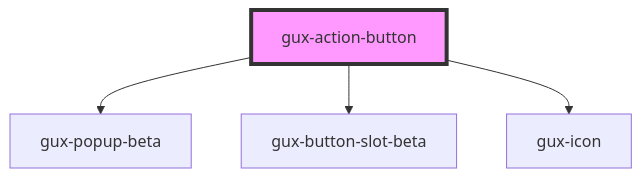
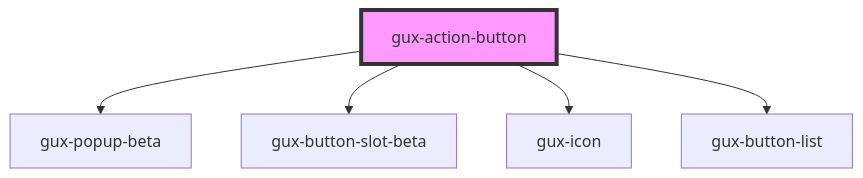
The diagram in src/components/stable/gux-action-button/readme.md (pmkartika/genesys-webcomponents), drawn with Mermaid before and after one commit. The commit also changed other lines of this file and 14 other files, not shown here.

````diff
--- a/src/components/stable/gux-action-button/readme.md
+++ b/src/components/stable/gux-action-button/readme.md
@@ -45,7 +46,8 @@
 ```mermaid
 graph TD;
   gux-action-button --> gux-popup-beta
   gux-action-button --> gux-button-slot-beta
   gux-action-button --> gux-icon
+  gux-action-button --> gux-button-list
   style gux-action-button fill:#f9f,stroke:#333,stroke-width:4px
 ```
````
